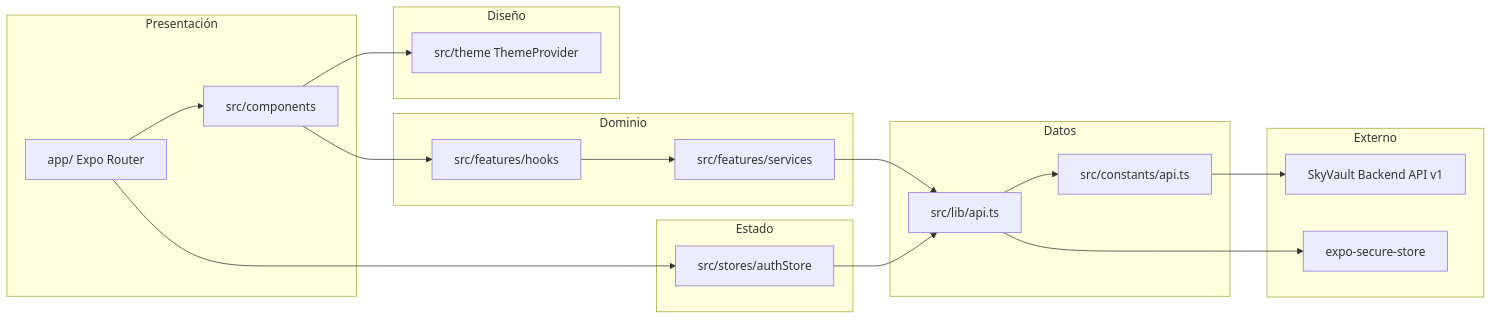
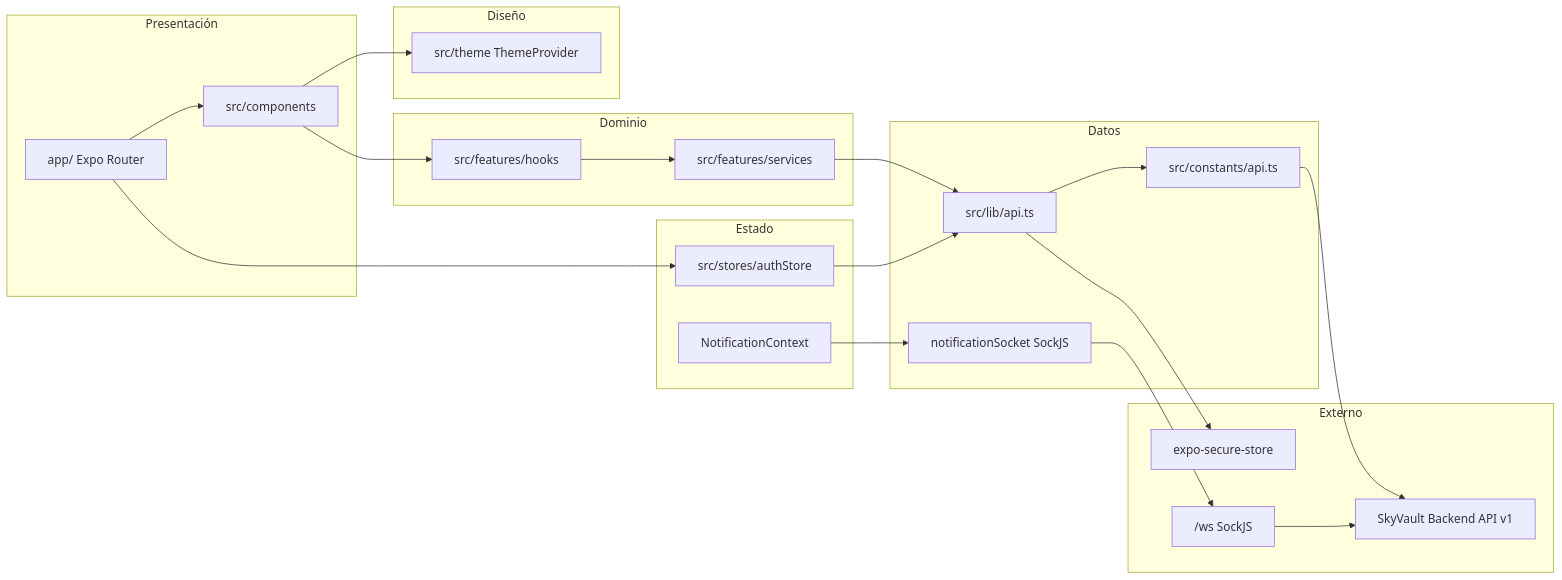
The second of 3 diagrams in SCHEMA.md (julianmeoficial/skyvault-mobile), drawn with Mermaid before and after one commit. The commit also changed other lines of this file and 3 other files, not shown here.

````diff
--- a/SCHEMA.md
+++ b/SCHEMA.md
@@ -80,36 +133,42 @@
 ```mermaid
 flowchart LR
   subgraph presentation [Presentación]
     appRouter[app/ Expo Router]
     components[src/components]
   end
   subgraph features [Dominio]
     hooks[src/features/hooks]
     services[src/features/services]
   end
   subgraph state [Estado]
     authStore[src/stores/authStore]
+    notifCtx[NotificationContext]
   end
   subgraph data [Datos]
     apiClient[src/lib/api.ts]
     apiConstants[src/constants/api.ts]
+    notifSocket[notificationSocket SockJS]
   end
   subgraph design [Diseño]
     theme[src/theme ThemeProvider]
   end
   subgraph external [Externo]
     backend[SkyVault Backend API v1]
     secureStore[expo-secure-store]
+    wsEndpoint["/ws SockJS"]
   end
 
   appRouter --> components
   components --> hooks
   hooks --> services
   services --> apiClient
   appRouter --> authStore
   authStore --> apiClient
   apiClient --> apiConstants
   apiConstants --> backend
   apiClient --> secureStore
+  notifCtx --> notifSocket
+  notifSocket --> wsEndpoint
+  wsEndpoint --> backend
   components --> theme
 ```
````
